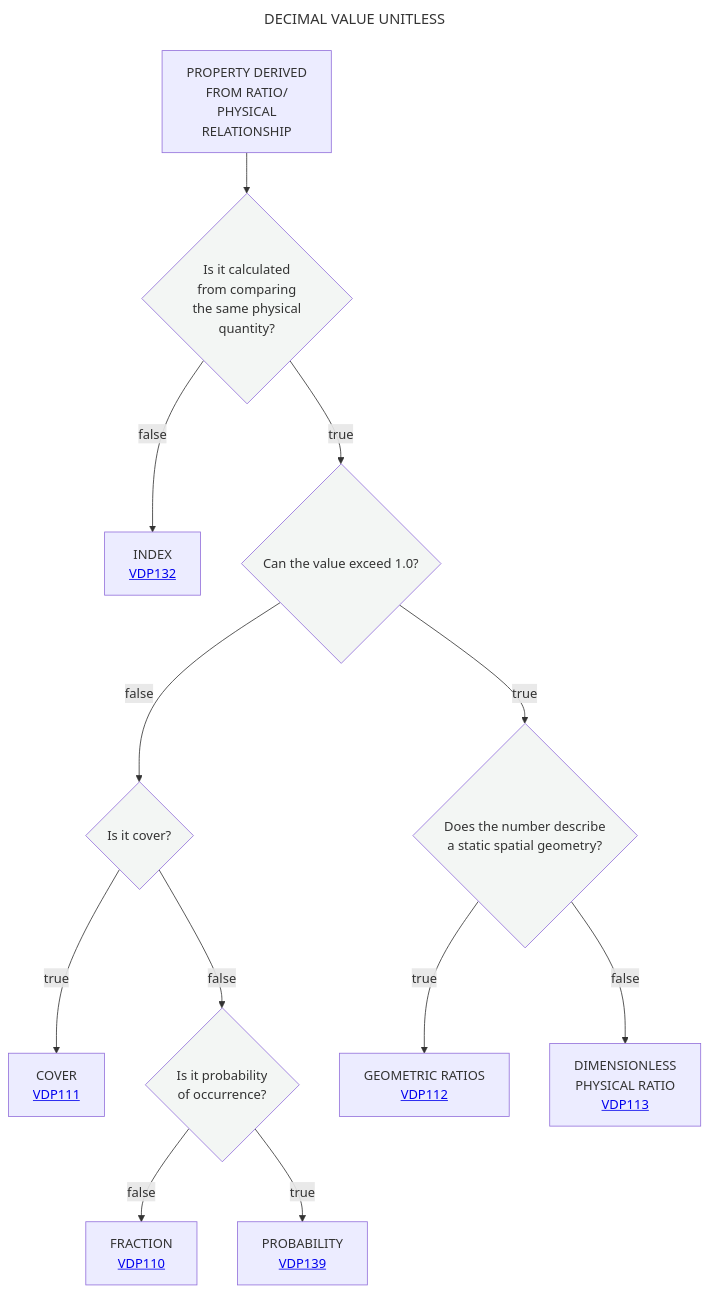
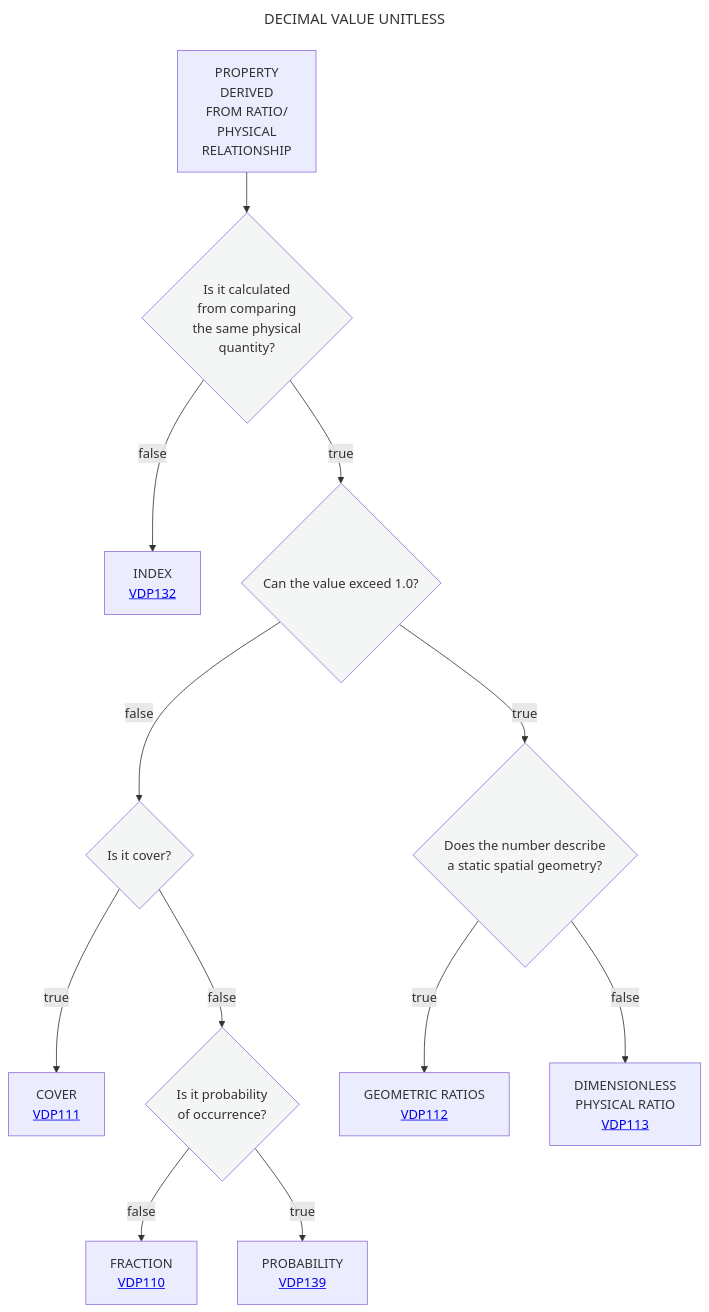
Before and after one commit to mabablue/I-ADOPT-patterns-playground: the diagram in Decisition_trees/DT1.mmd, drawn with Mermaid.

Commit message:
Fix formatting in DT1.mmd flowchart

```diff
--- a/Decisition_trees/DT1.mmd
+++ b/Decisition_trees/DT1.mmd
@@ -1,19 +1,19 @@
 ---
 title: DECIMAL VALUE UNITLESS
 ---
 flowchart TD
-    A[PROPERTY DERIVED <br> FROM RATIO/<br>PHYSICAL <br> RELATIONSHIP] --> B{Is it calculated <br> from comparing <br> the same physical <br> quantity?}:::white
+    A[PROPERTY <br> DERIVED <br> FROM RATIO/<br>PHYSICAL <br> RELATIONSHIP] --> B{Is it calculated <br> from comparing <br> the same physical <br> quantity?}:::white
     B --> |false|C[INDEX <br> <a href='https://github.com/mabablue/I-ADOPT-patterns-playground/blob/main/pattern/VDP132.yaml'>VDP132</a>]
     B --> |true|D{Can the value exceed 1.0?}:::white
     D --> |false|E{Is it cover?}:::white
     D --> |true|L{Does the number describe <br> a static spatial geometry?}:::white
     E --> |true|G[COVER <br> <a href='https://github.com/mabablue/I-ADOPT-patterns-playground/blob/main/pattern/VDP111.yaml'>VDP111</a>]
     E --> |false|H{Is it probability <br> of occurrence?}:::white
     H --> |false|I[FRACTION <br> <a href='https://github.com/mabablue/I-ADOPT-patterns-playground/blob/main/pattern/VDP110.yaml'>VDP110</a>]
     H --> |true|J[PROBABILITY <br> <a href='https://github.com/mabablue/I-ADOPT-patterns-playground/blob/main/pattern/VDP139.yaml'>VDP139</a>]
     L --> |true|M[GEOMETRIC RATIOS <br> <a href='https://github.com/mabablue/I-ADOPT-patterns-playground/blob/main/pattern/VDP112.yaml'>VDP112</a>] 
     L --> |false|N[DIMENSIONLESS <br> PHYSICAL RATIO <br> <a href='https://github.com/mabablue/I-ADOPT-patterns-playground/blob/main/pattern/VDP113.yaml'>VDP113</a>]
    classDef blue fill:#90D5FF
    classDef satblue fill:#57B9FF 
    classDef white fill:#f3f6f4
    classDef green fill:#6aa84f
```
